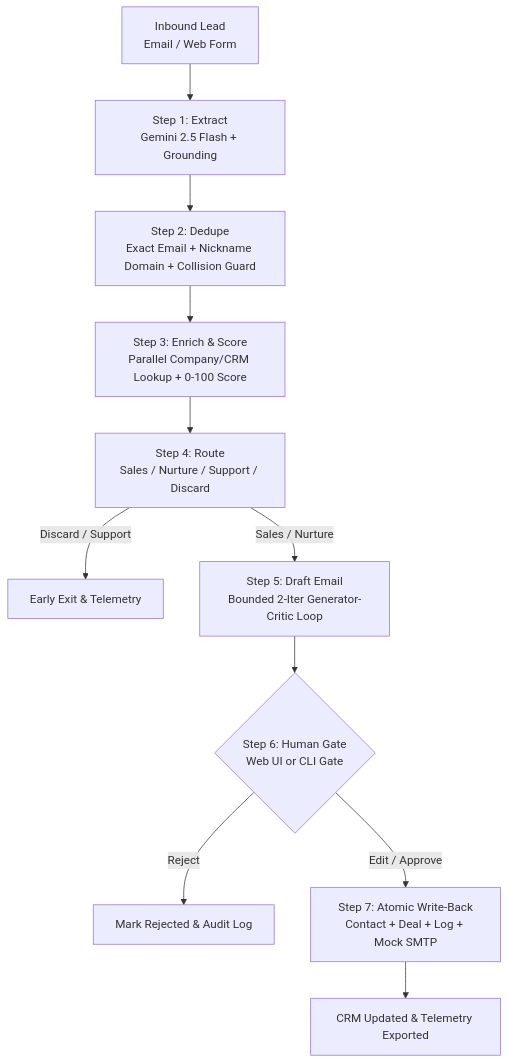
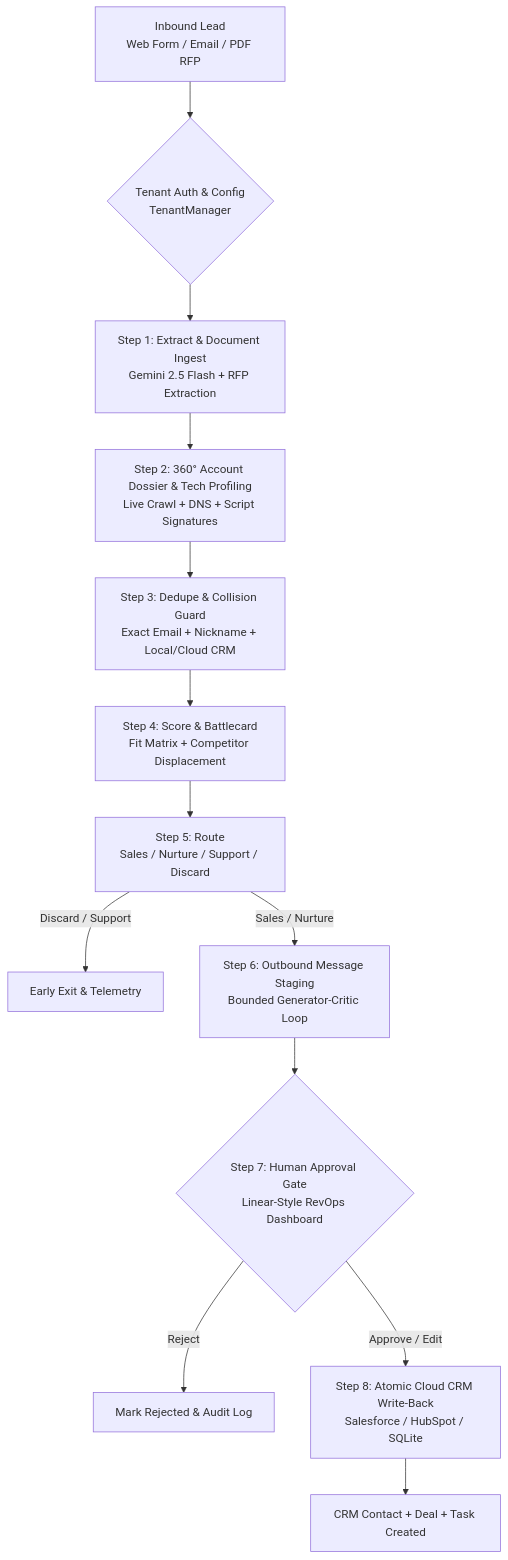
The diagram in README.md (samyak8505/Lead_Management_Project), drawn with Mermaid before and after one commit. The commit also changed other lines of this file and 3 other files, not shown here.

Commit message:
docs: finalize enterprise SaaS guide, architecture specs, and live e2e demo script

````diff
--- a/README.md
+++ b/README.md
@@ -23,17 +26,19 @@
 ```mermaid
 flowchart TD
-    A[Inbound Lead<br/>Email / Web Form] --> B[Step 1: Extract<br/>Gemini 2.5 Flash + Grounding]
-    B --> C[Step 2: Dedupe<br/>Exact Email + Nickname Domain + Collision Guard]
-    C --> D[Step 3: Enrich & Score<br/>Parallel Company/CRM Lookup + 0-100 Score]
-    D --> E[Step 4: Route<br/>Sales / Nurture / Support / Discard]
+    Inbound[Inbound Lead<br/>Web Form / Email / PDF RFP] --> TenantGate{Tenant Auth & Config<br/>TenantManager}
+    TenantGate --> Step1[Step 1: Extract & Document Ingest<br/>Gemini 2.5 Flash + RFP Extraction]
+    Step1 --> Step2[Step 2: 360° Account Dossier & Tech Profiling<br/>Live Crawl + DNS + Script Signatures]
+    Step2 --> Step3[Step 3: Dedupe & Collision Guard<br/>Exact Email + Nickname + Local/Cloud CRM]
+    Step3 --> Step4[Step 4: Score & Battlecard<br/>Fit Matrix + Competitor Displacement]
+    Step4 --> Step5[Step 5: Route<br/>Sales / Nurture / Support / Discard]
     
-    E -- Discard / Support --> X[Early Exit & Telemetry]
-    E -- Sales / Nurture --> F[Step 5: Draft Email<br/>Bounded 2-Iter Generator-Critic Loop]
+    Step5 -- Discard / Support --> EarlyExit[Early Exit & Telemetry]
+    Step5 -- Sales / Nurture --> Step6[Step 6: Outbound Message Staging<br/>Bounded Generator-Critic Loop]
     
-    F --> G{Step 6: Human Gate<br/>Web UI or CLI Gate}
+    Step6 --> Gate{Step 7: Human Approval Gate<br/>Linear-Style RevOps Dashboard}
     
-    G -- Reject --> H[Mark Rejected & Audit Log]
-    G -- Edit / Approve --> I[Step 7: Atomic Write-Back<br/>Contact + Deal + Log + Mock SMTP]
+    Gate -- Reject --> AuditReject[Mark Rejected & Audit Log]
+    Gate -- Approve / Edit --> WriteBack[Step 8: Atomic Cloud CRM Write-Back<br/>Salesforce / HubSpot / SQLite]
     
-    I --> J[CRM Updated & Telemetry Exported]
+    WriteBack --> CRMUpdated[CRM Contact + Deal + Task Created]
 ```
````
